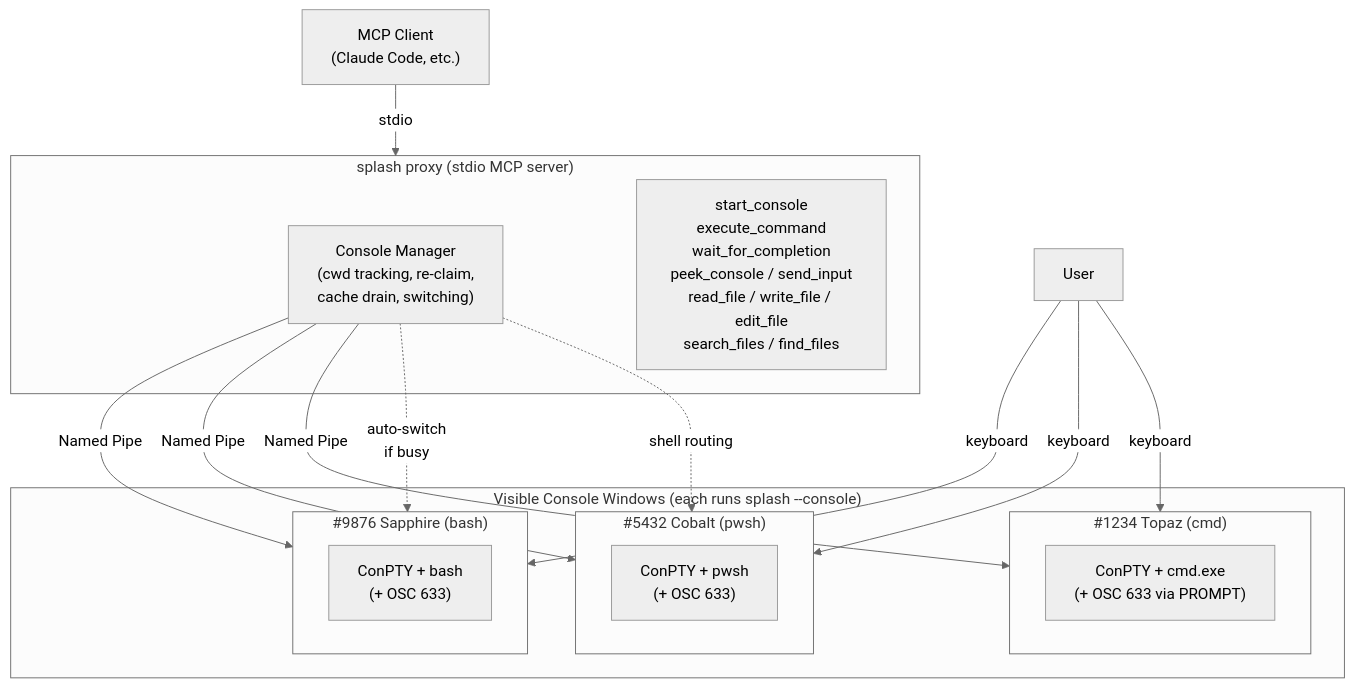
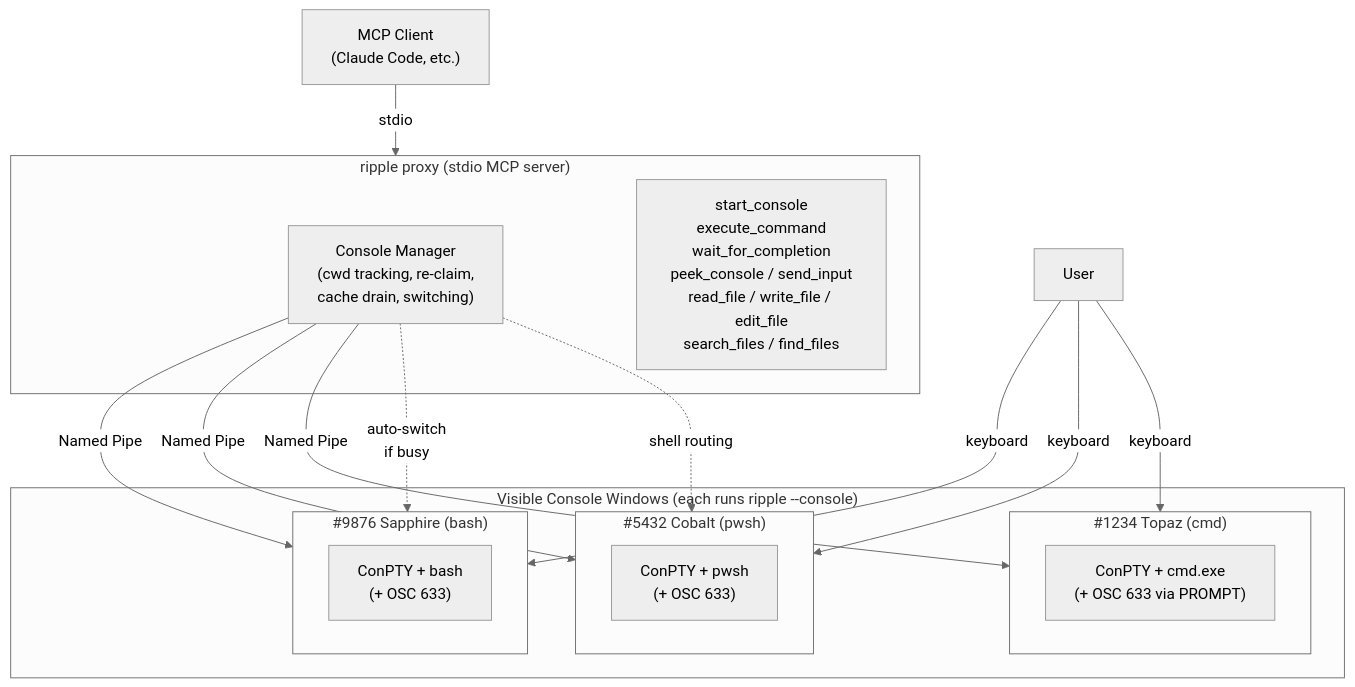
Before and after one commit to luchezarno/ripple: the diagram in README.md, drawn with Mermaid (neutral theme). The commit also changed other lines of this file and 2 other files, not shown here.

First line of the commit message:
docs: preserve splashshell / splash historical names in rename notes

````diff
--- a/README.md
+++ b/README.md
@@ -130,31 +130,31 @@
 ```mermaid
 graph TB
     Client["MCP Client<br/>(Claude Code, etc.)"]
 
-    subgraph Proxy["splash proxy (stdio MCP server)"]
+    subgraph Proxy["ripple proxy (stdio MCP server)"]
         CM["Console Manager<br/>(cwd tracking, re-claim,<br/>cache drain, switching)"]
         Tools["start_console<br/>execute_command<br/>wait_for_completion<br/>peek_console / send_input<br/>read_file / write_file / edit_file<br/>search_files / find_files"]
     end
 
-    subgraph Consoles["Visible Console Windows (each runs splash --console)"]
+    subgraph Consoles["Visible Console Windows (each runs ripple --console)"]
         subgraph C1["#9876 Sapphire (bash)"]
             PTY1["ConPTY + bash<br/>(+ OSC 633)"]
         end
         subgraph C2["#5432 Cobalt (pwsh)"]
             PTY2["ConPTY + pwsh<br/>(+ OSC 633)"]
         end
         subgraph C3["#1234 Topaz (cmd)"]
             PTY3["ConPTY + cmd.exe<br/>(+ OSC 633 via PROMPT)"]
         end
     end
 
     User["User"] -- "keyboard" --> C1
     User -- "keyboard" --> C2
     User -- "keyboard" --> C3
     Client -- "stdio" --> Proxy
     CM -- "Named Pipe" --> C1
     CM -- "Named Pipe" --> C2
     CM -- "Named Pipe" --> C3
     CM -. "auto-switch<br/>if busy" .-> C1
     CM -. "shell routing" .-> C2
 ```
````
